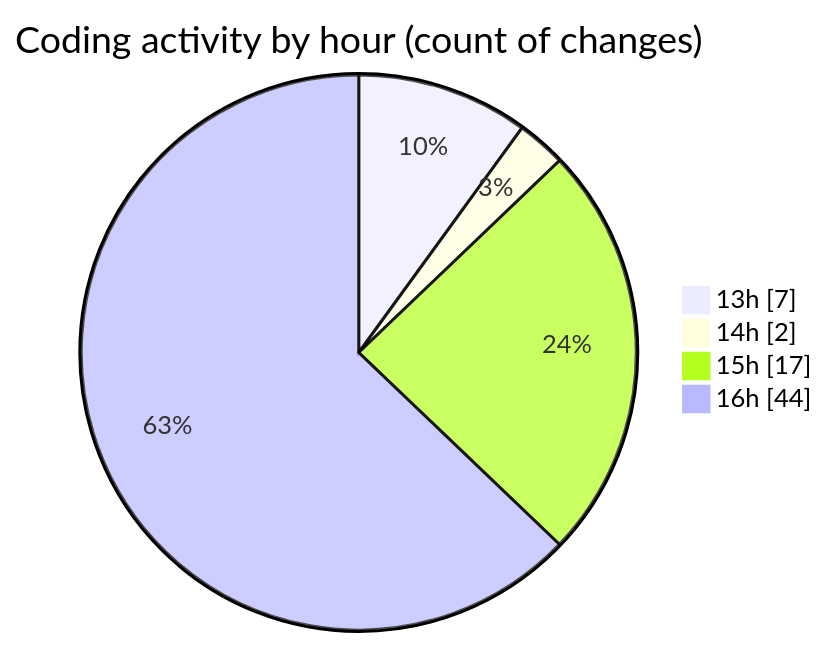
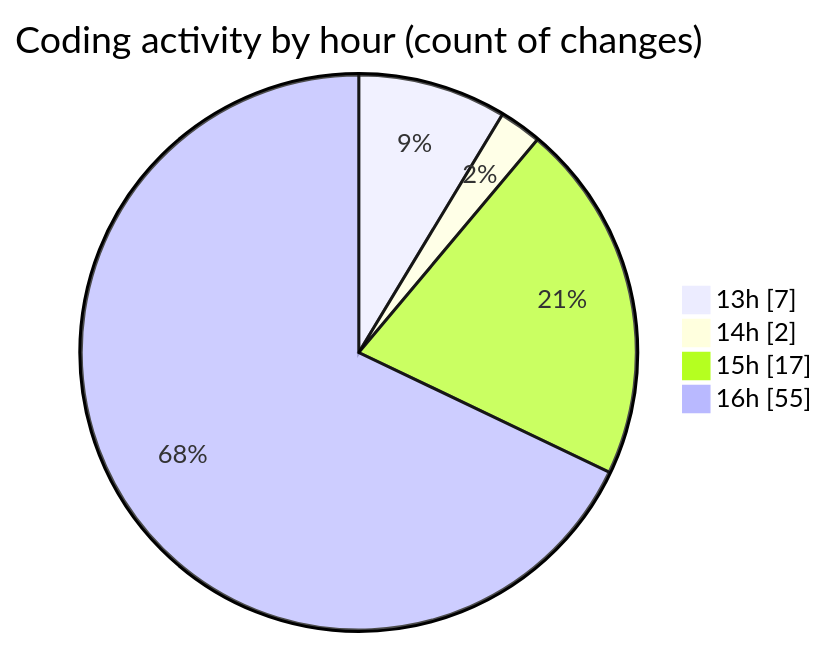
The second of 2 diagrams in 2025-02-24/micros/README.md (charlie-sans/code-tracking), drawn with Mermaid before and after one commit. The commit also changed other lines of this file and 1 other file, not shown here.

````diff
--- a/2025-02-24/micros/README.md
+++ b/2025-02-24/micros/README.md
@@ -45,8 +45,8 @@
 ```mermaid
 pie showData
 title Coding activity by hour (count of changes)
 "13h" : 7
 "14h" : 2
 "15h" : 17
-"16h" : 44
+"16h" : 55
 ```
````
